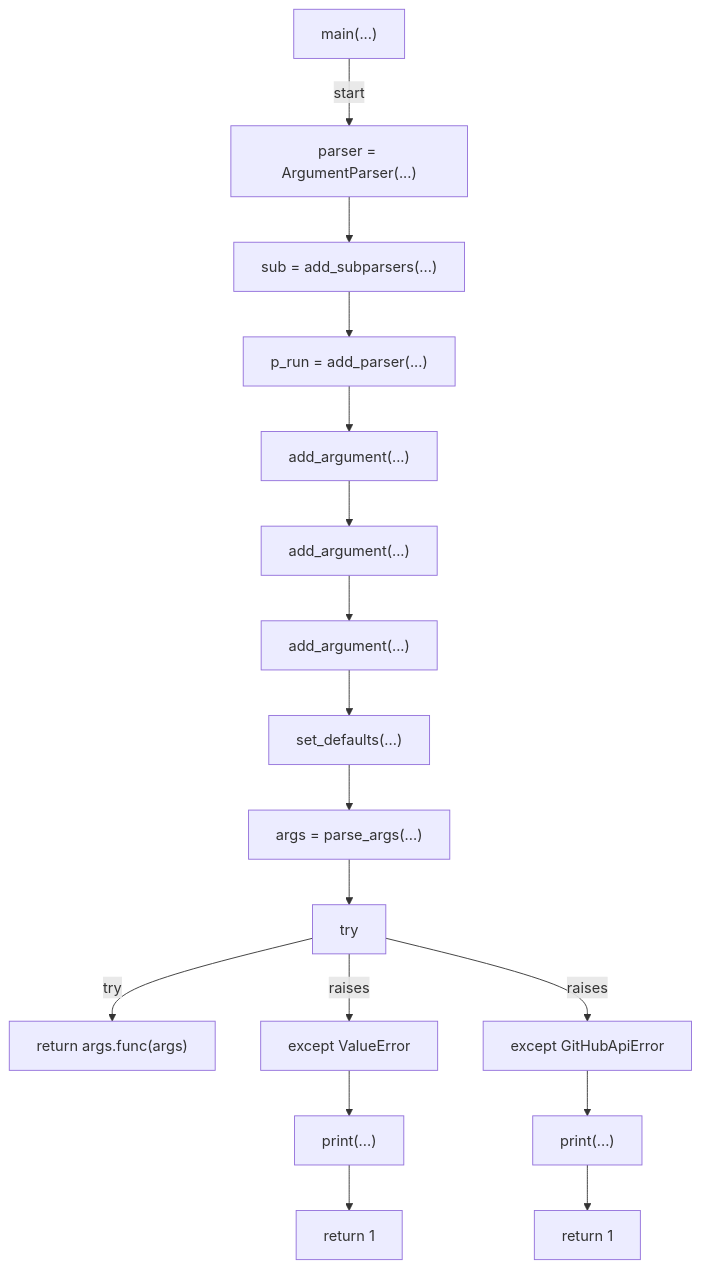
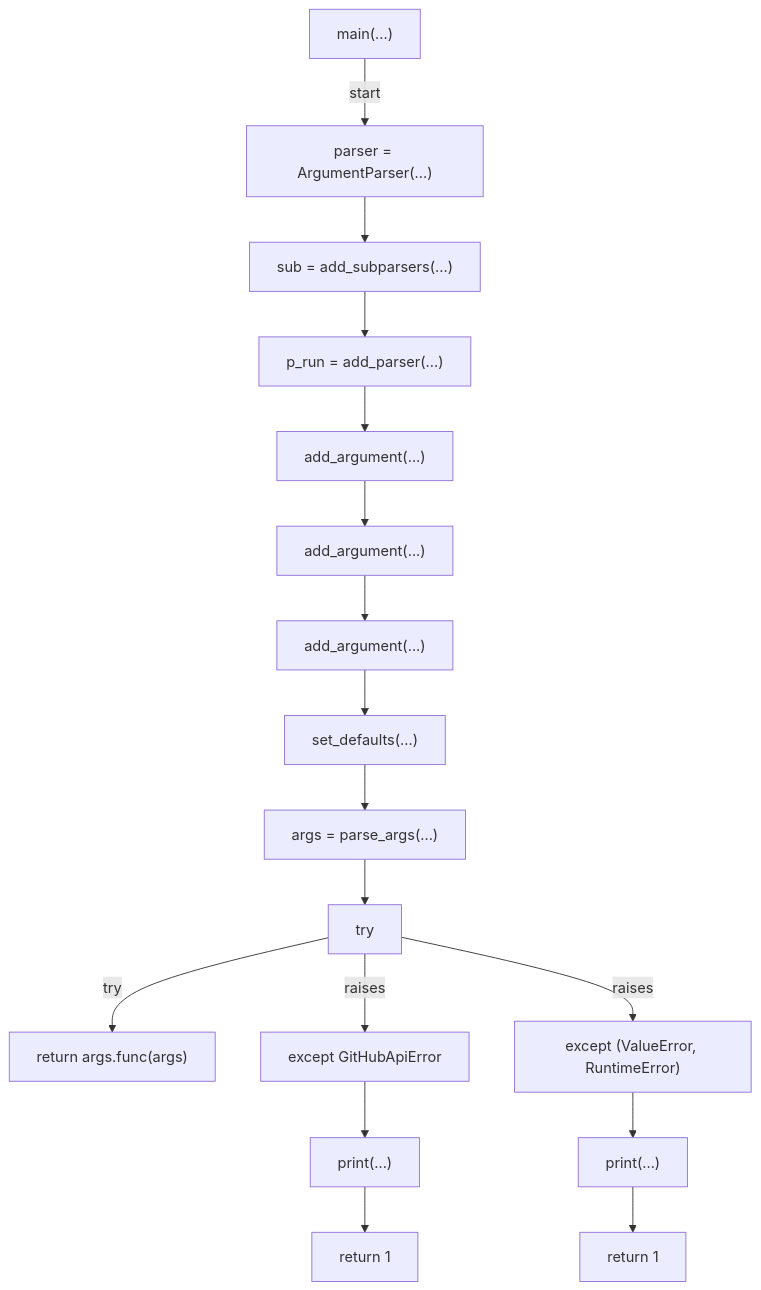
One commit to tvna/claude-md changed diagram 20 of 20 in docs/generated/scripts/ast/scan_retro_followup_drift.md. Above: the diagram before and after it, drawn with Mermaid. The commit also changed other lines of this file and 1 other file, not shown here.

First line of the commit message:
docs(generated): regenerate decision tree and workflow diagrams

````diff
--- a/docs/generated/scripts/ast/scan_retro_followup_drift.md
+++ b/docs/generated/scripts/ast/scan_retro_followup_drift.md
@@ -355,36 +371,36 @@
 ```mermaid
 flowchart TD
     N001["main(...)"]
     N002["parser = ArgumentParser(...)"]
     N003["sub = add_subparsers(...)"]
     N004["p_run = add_parser(...)"]
     N005["add_argument(...)"]
     N006["add_argument(...)"]
     N007["add_argument(...)"]
     N008["set_defaults(...)"]
     N009["args = parse_args(...)"]
     N010["try"]
     N011["return args.func(args)"]
-    N012["except ValueError"]
+    N012["except GitHubApiError"]
     N013["print(...)"]
     N014["return 1"]
-    N015["except GitHubApiError"]
+    N015["except (ValueError, RuntimeError)"]
     N016["print(...)"]
     N017["return 1"]
     N001 -->|"start"| N002
     N002 --> N003
     N003 --> N004
     N004 --> N005
     N005 --> N006
     N006 --> N007
     N007 --> N008
     N008 --> N009
     N009 --> N010
     N010 -->|"try"| N011
     N010 -->|"raises"| N012
     N012 --> N013
     N013 --> N014
     N010 -->|"raises"| N015
     N015 --> N016
     N016 --> N017
 ```
````
